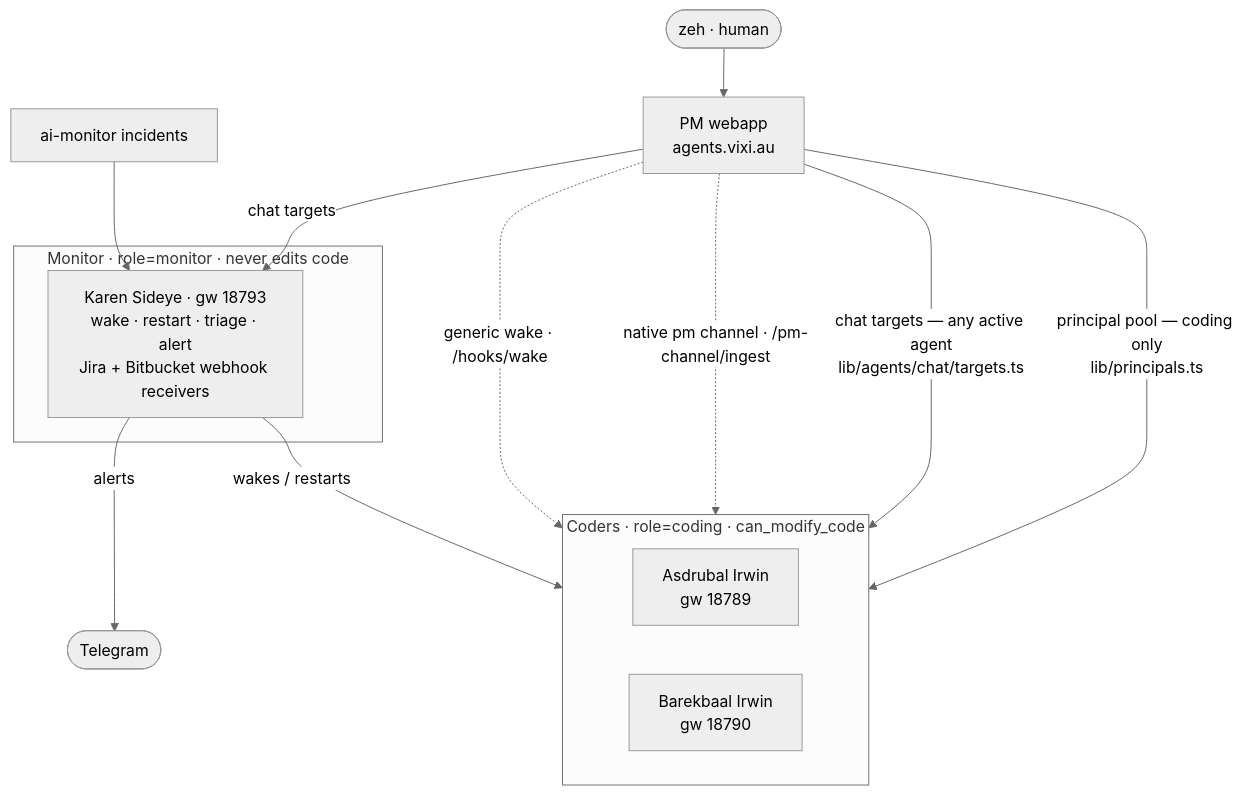
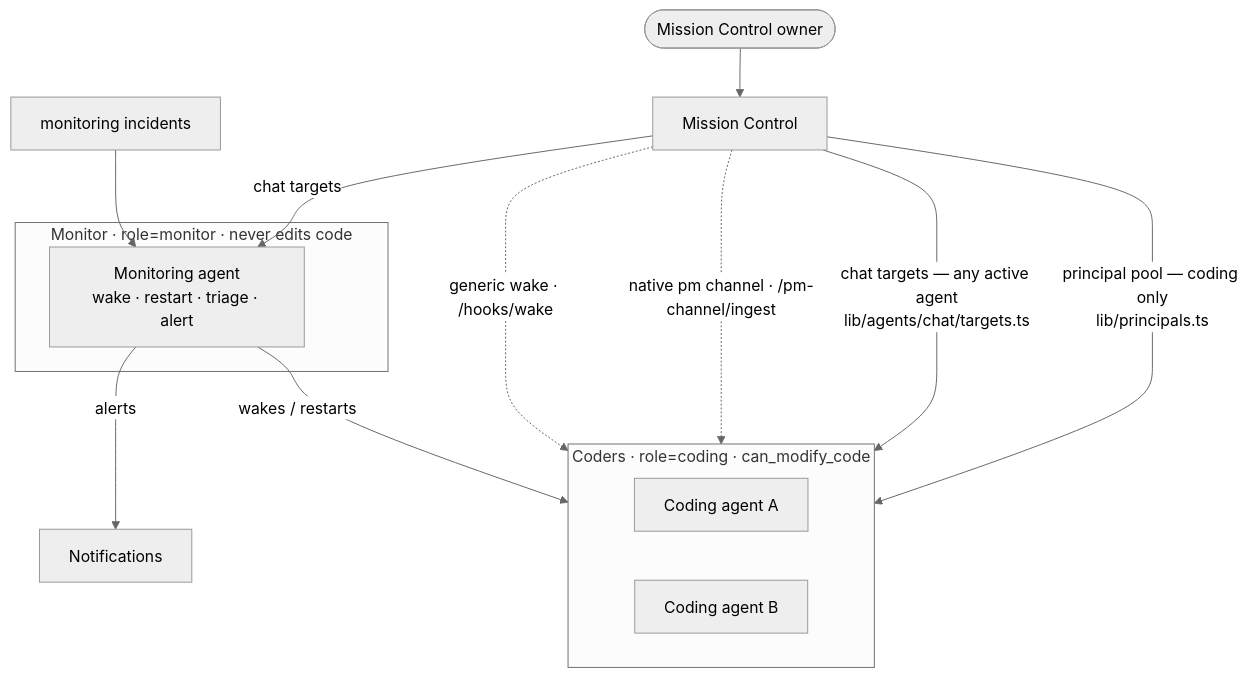
One commit to zehferrari/environment changed the diagram in ai/web/README.md. Above: the diagram before and after it, drawn with Mermaid (neutral theme). The commit also changed other lines of this file and 83 other files, not shown here.

````diff
--- a/ai/web/README.md
+++ b/ai/web/README.md
@@ -208,23 +207,23 @@
 ```mermaid
 graph TD
-    User([zeh · human]) --> PM[PM webapp<br/>agents.vixi.au]
+    User([Mission Control owner]) --> PM[Mission Control]
 
     PM -->|principal pool — coding only<br/>lib/principals.ts| Coders
     PM -->|chat targets — any active agent<br/>lib/agents/chat/targets.ts| Coders
-    PM -->|chat targets| Karen
+    PM -->|chat targets| Monitor
 
     subgraph Coders["Coders · role=coding · can_modify_code"]
-        A[Asdrubal Irwin<br/>gw 18789]
-        B[Barekbaal Irwin<br/>gw 18790]
+        A[Coding agent A]
+        B[Coding agent B]
     end
 
     subgraph Mon["Monitor · role=monitor · never edits code"]
-        Karen[Karen Sideye · gw 18793<br/>wake · restart · triage · alert<br/>Jira + Bitbucket webhook receivers]
+        Monitor[Monitoring agent<br/>wake · restart · triage · alert]
     end
 
     PM -. native pm channel · /pm-channel/ingest .-> Coders
     PM -. generic wake · /hooks/wake .-> Coders
-    Incidents[ai-monitor incidents] --> Karen
-    Karen -->|wakes / restarts| Coders
-    Karen -->|alerts| TG([Telegram])
+    Incidents[monitoring incidents] --> Monitor
+    Monitor -->|wakes / restarts| Coders
+    Monitor -->|alerts| Notifications
 ```
````
